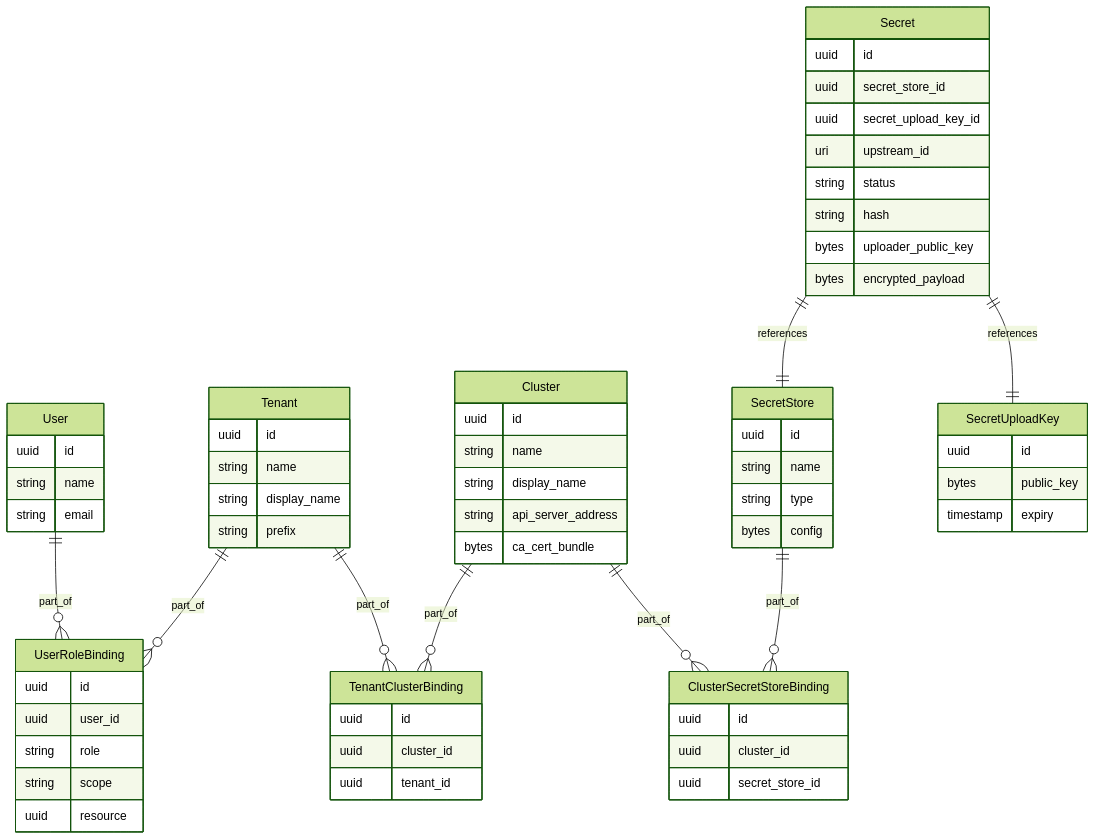
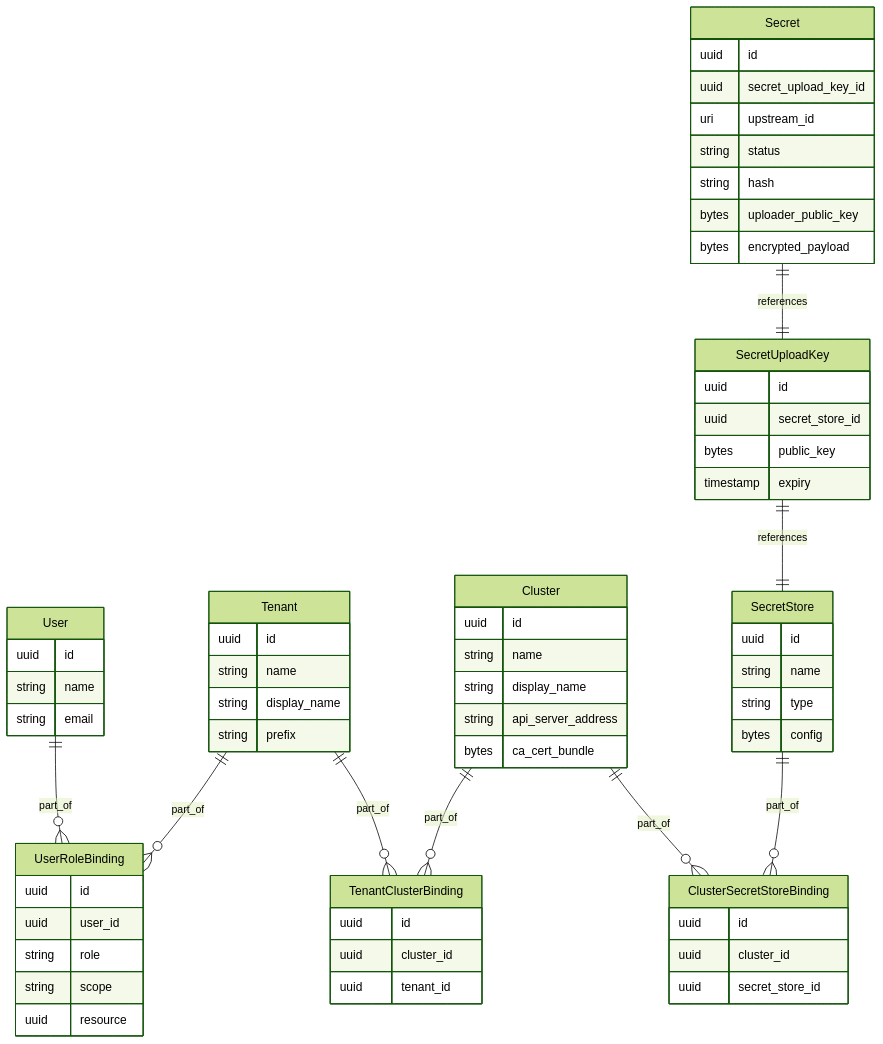
Before and after one commit to finleap-connect/monoskope: the diagram in docs/concepts/data-model.md, drawn with Mermaid (forest theme).

Commit message:
Adjust relationship

````diff
--- a/docs/concepts/data-model.md
+++ b/docs/concepts/data-model.md
@@ -7,79 +7,80 @@
 ```mermaid
 erDiagram
     User {
         uuid id
         string name
         string email
     }
 
     UserRoleBinding {
         uuid id
         uuid user_id
         string role
         string scope
         uuid resource
     }
 
     Cluster {
         uuid id
         string name
         string display_name
         string api_server_address
         bytes ca_cert_bundle
     }
 
     Tenant {
         uuid id
         string name
         string display_name
         string prefix
     }
 
     TenantClusterBinding {
         uuid id
         uuid cluster_id
         uuid tenant_id
     }
 
     ClusterSecretStoreBinding {
         uuid id
         uuid cluster_id
         uuid secret_store_id
     }
 
     SecretStore {
         uuid id
         string name
         string type
         bytes config
     }
 
     Secret {
         uuid id
-        uuid secret_store_id
         uuid secret_upload_key_id
         uri upstream_id
         string status
         string hash
         bytes uploader_public_key
         bytes encrypted_payload
     }
 
     SecretUploadKey {
        uuid id
+       uuid secret_store_id
        bytes public_key
        timestamp expiry
     }
 
     Secret ||--|| SecretUploadKey : references
-    Secret ||--|| SecretStore : references
+
+    SecretUploadKey ||--|| SecretStore : references
 
     User ||--o{ UserRoleBinding : part_of
     Tenant ||--o{ UserRoleBinding : part_of
 
     Tenant ||--o{ TenantClusterBinding : part_of
     Cluster ||--o{ TenantClusterBinding : part_of
 
     Cluster ||--o{ ClusterSecretStoreBinding : part_of
     SecretStore ||--o{ ClusterSecretStoreBinding : part_of
 ```
````
